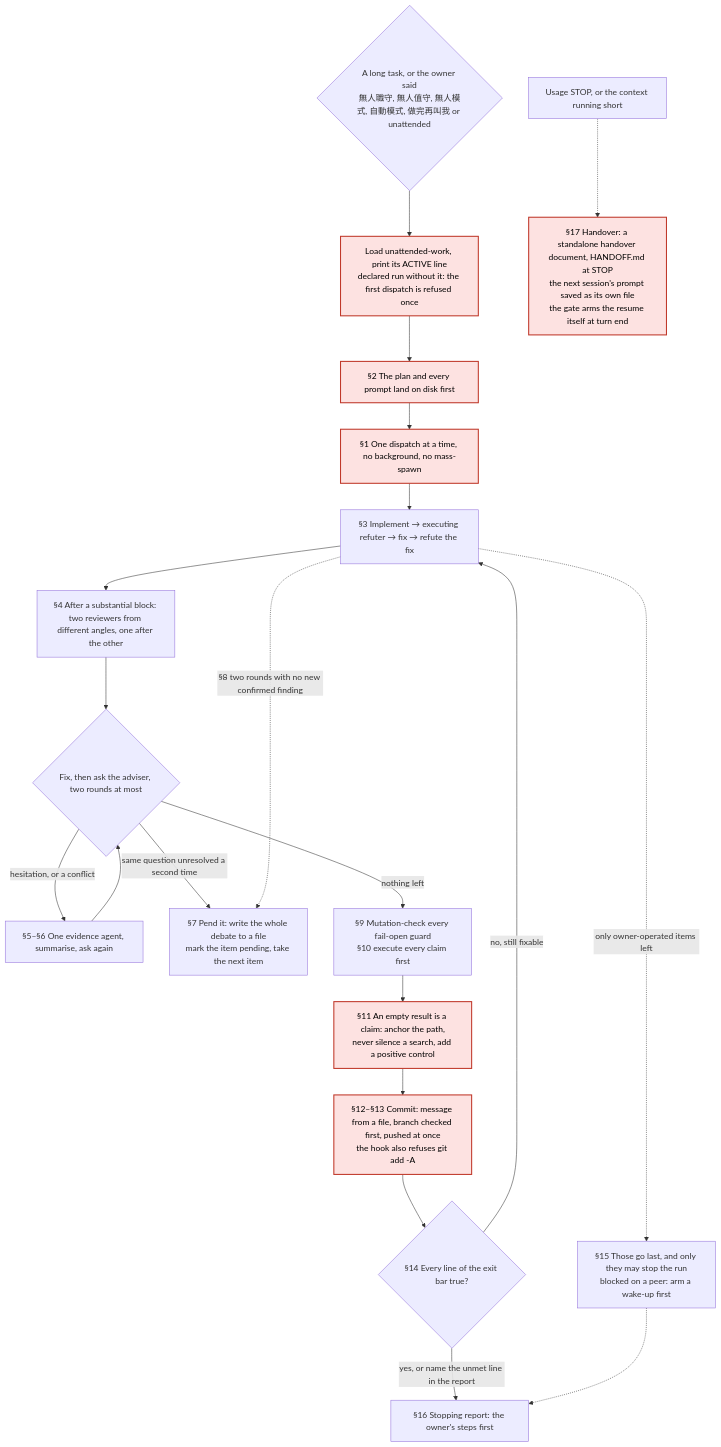
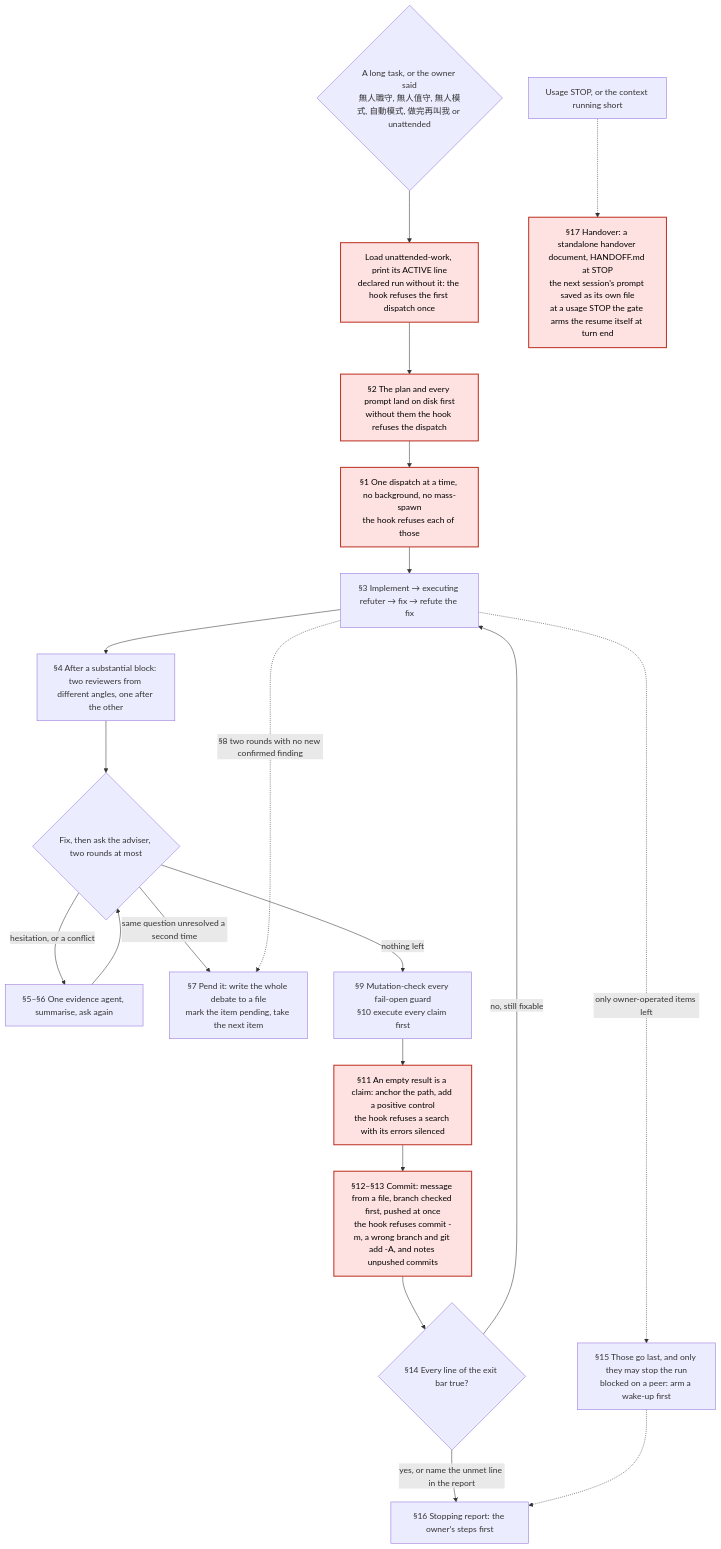
The fifth of 6 diagrams in README.md (Dino9021/dispatch-guard), drawn with Mermaid before and after one commit. The commit also changed other lines of this file and 2 other files, not shown here.

First line of the commit message:
dispatch-guard 0.70.4

````diff
--- a/README.md
+++ b/README.md
@@ -2460,24 +2460,24 @@
 ```mermaid
 flowchart TD
-  trigger{"A long task, or the owner said<br/>無人職守, 無人值守, 無人模式, 自動模式, 做完再叫我 or unattended"} --> loadUnattended["Load unattended-work, print its ACTIVE line<br/>declared run without it: the first dispatch is refused once"]
-  loadUnattended --> planFirst["§2 The plan and every prompt land on disk first"]
-  planFirst --> sequential["§1 One dispatch at a time, no background, no mass-spawn"]
+  trigger{"A long task, or the owner said<br/>無人職守, 無人值守, 無人模式, 自動模式, 做完再叫我 or unattended"} --> loadUnattended["Load unattended-work, print its ACTIVE line<br/>declared run without it: the hook refuses the first dispatch once"]
+  loadUnattended --> planFirst["§2 The plan and every prompt land on disk first<br/>without them the hook refuses the dispatch"]
+  planFirst --> sequential["§1 One dispatch at a time, no background, no mass-spawn<br/>the hook refuses each of those"]
   sequential --> wave["§3 Implement → executing refuter → fix → refute the fix"]
   wave --> reviewers["§4 After a substantial block: two reviewers from different angles, one after the other"]
   reviewers --> adviser{"Fix, then ask the adviser, two rounds at most"}
   adviser -->|"hesitation, or a conflict"| debate["§5–§6 One evidence agent, summarise, ask again"]
   debate --> adviser
   adviser -->|"same question unresolved a second time"| pend["§7 Pend it: write the whole debate to a file<br/>mark the item pending, take the next item"]
   wave -.->|"§8 two rounds with no new confirmed finding"| pend
   adviser -->|"nothing left"| mutationCheck["§9 Mutation-check every fail-open guard<br/>§10 execute every claim first"]
-  mutationCheck --> emptyResult["§11 An empty result is a claim: anchor the path,<br/>never silence a search, add a positive control"]
-  emptyResult --> commitRules["§12–§13 Commit: message from a file, branch checked first, pushed at once<br/>the hook also refuses git add -A"]
+  mutationCheck --> emptyResult["§11 An empty result is a claim: anchor the path, add a positive control<br/>the hook refuses a search with its errors silenced"]
+  emptyResult --> commitRules["§12–§13 Commit: message from a file, branch checked first, pushed at once<br/>the hook refuses commit -m, a wrong branch and git add -A, and notes unpushed commits"]
   commitRules --> exitBar{"§14 Every line of the exit bar true?"}
   exitBar -->|"no, still fixable"| wave
   exitBar -->|"yes, or name the unmet line in the report"| stopReport["§16 Stopping report: the owner's steps first"]
   wave -.->|"only owner-operated items left"| lastItems["§15 Those go last, and only they may stop the run<br/>blocked on a peer: arm a wake-up first"]
   lastItems -.-> stopReport
-  runningShort["Usage STOP, or the context running short"] -.-> handover["§17 Handover: a standalone handover document, HANDOFF.md at STOP<br/>the next session's prompt saved as its own file<br/>the gate arms the resume itself at turn end"]
-  class loadUnattended,planFirst,sequential,commitRules,handover,emptyResult gate
+  runningShort["Usage STOP, or the context running short"] -.-> handover["§17 Handover: a standalone handover document, HANDOFF.md at STOP<br/>the next session's prompt saved as its own file<br/>at a usage STOP the gate arms the resume itself at turn end"]
+  class loadUnattended,planFirst,sequential,emptyResult,commitRules,handover gate
   classDef gate fill:#fde2e1,stroke:#c0392b,stroke-width:2px,color:#000
 ```
````
